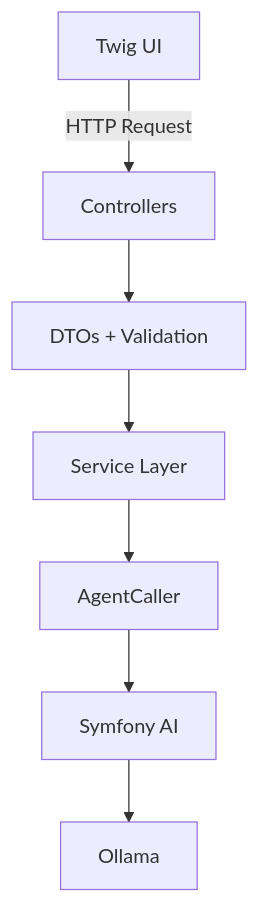
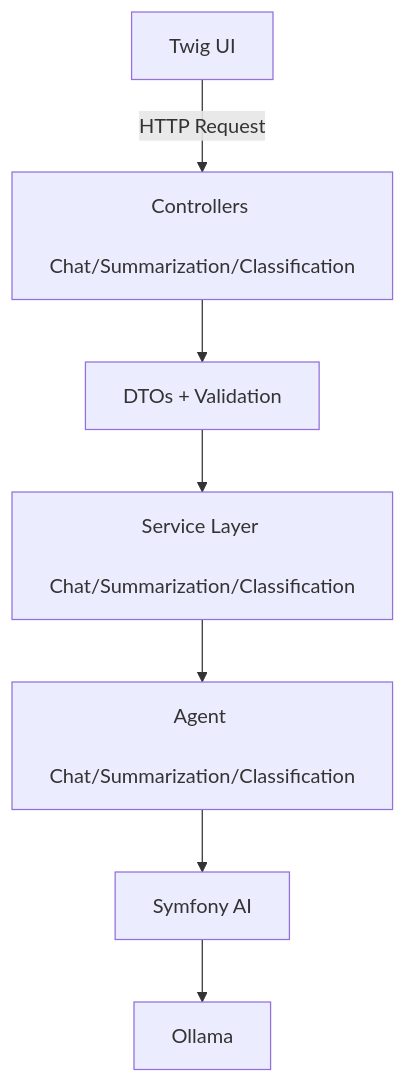
The diagram in README.md (niccolovettorello1997/symfony-ai-demo), drawn with Mermaid before and after one commit. The commit also changed other lines of this file and 26 other files, not shown here.

````diff
--- a/README.md
+++ b/README.md
@@ -104,15 +123,17 @@
 ```mermaid
 flowchart TD
 
     %% UI
-    UI[Twig UI] -->|HTTP Request| CTRL[Controllers]
+    UI[Twig UI] -->|HTTP Request| CTRL[Controllers <br> Chat/Summarization/Classification]
 
+    %% Validation
     CTRL --> DTO[DTOs + Validation]
 
     %% Services
-    DTO --> SERVICES[Service Layer]
+    DTO --> SERVICES[Service Layer <br> Chat/Summarization/Classification]
+    SERVICES --> AGENT[Agent <br> Chat/Summarization/Classification]
 
-    SERVICES --> CALLER[AgentCaller]
-    CALLER --> AGENT[Symfony AI]
-    AGENT --> OLLAMA[Ollama]
+    AGENT --> SYMFONY_AGENT[Symfony AI]
+
+    SYMFONY_AGENT --> OLLAMA[Ollama]
 ```
````
